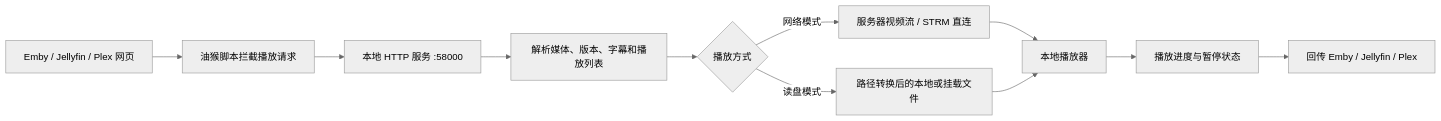
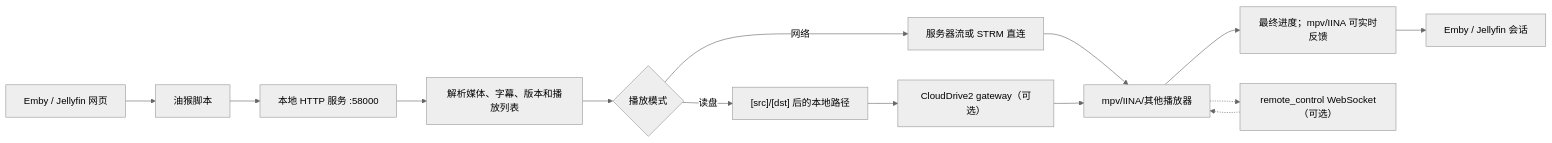
One commit to hope140/embyToLocalPlayer changed the diagram in FUNCTIONS.md. Above: the diagram before and after it, drawn with Mermaid (neutral theme). The commit also changed other lines of this file and 1 other file, not shown here.

````diff
--- a/FUNCTIONS.md
+++ b/FUNCTIONS.md
@@ -28,13 +17,16 @@
 ```mermaid
 flowchart LR
-    A["Emby / Jellyfin / Plex 网页"] --> B["油猴脚本拦截播放请求"]
+    A["Emby / Jellyfin 网页"] --> B["油猴脚本"]
     B --> C["本地 HTTP 服务 :58000"]
-    C --> D["解析媒体、版本、字幕和播放列表"]
-    D --> E{"播放方式"}
-    E -->|网络模式| F["服务器视频流 / STRM 直连"]
-    E -->|读盘模式| G["路径转换后的本地或挂载文件"]
-    F --> H["本地播放器"]
-    G --> H
-    H --> I["播放进度与暂停状态"]
-    I --> J["回传 Emby / Jellyfin / Plex"]
+    C --> D["解析媒体、字幕、版本和播放列表"]
+    D --> E{"播放模式"}
+    E -->|网络| F["服务器流或 STRM 直连"]
+    E -->|读盘| G["[src]/[dst] 后的本地路径"]
+    G --> H["CloudDrive2 gateway（可选）"]
+    F --> I["mpv/IINA/其他播放器"]
+    H --> I
+    I --> J["最终进度；mpv/IINA 可实时反馈"]
+    J --> K["Emby / Jellyfin 会话"]
+    I -.-> L["remote_control WebSocket（可选）"]
+    L -.-> I
 ```
````
